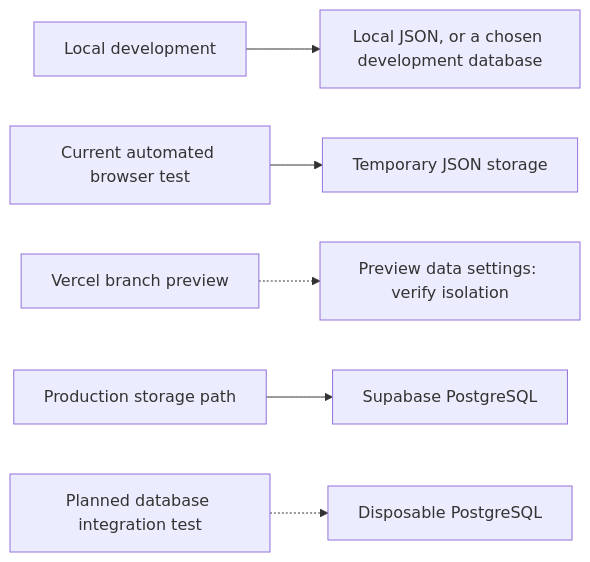
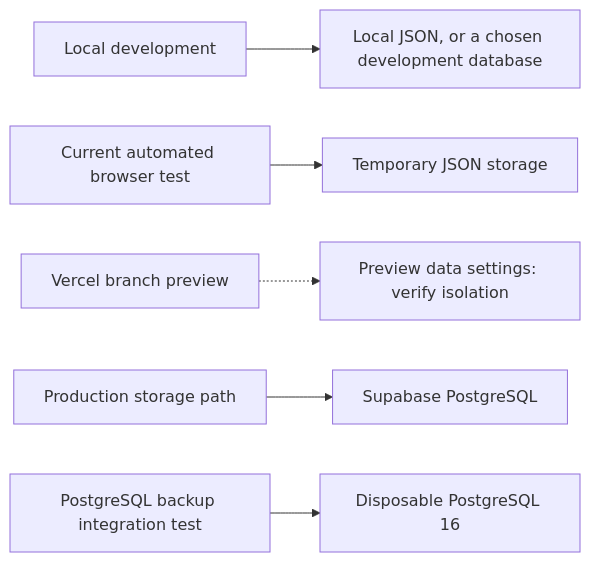
One commit to brandennevius/TradingDashboard changed the diagram in monthly-trading-report/docs/guide/05-environments.md. Above: the diagram before and after it, drawn with Mermaid. The commit also changed other lines of this file and 12 other files, not shown here.

````diff
--- a/monthly-trading-report/docs/guide/05-environments.md
+++ b/monthly-trading-report/docs/guide/05-environments.md
@@ -9,8 +9,8 @@
 ```mermaid
 flowchart LR
     localApp["Local development"] --> localData["Local JSON, or a chosen development database"]
     browserTest["Current automated browser test"] --> testData["Temporary JSON storage"]
     preview["Vercel branch preview"] -.-> previewData["Preview data settings: verify isolation"]
     production["Production storage path"] --> postgres["Supabase PostgreSQL"]
-    futureTest["Planned database integration test"] -.-> futureData["Disposable PostgreSQL"]
+    databaseTest["PostgreSQL backup integration test"] --> databaseData["Disposable PostgreSQL 16"]
 ```
````
